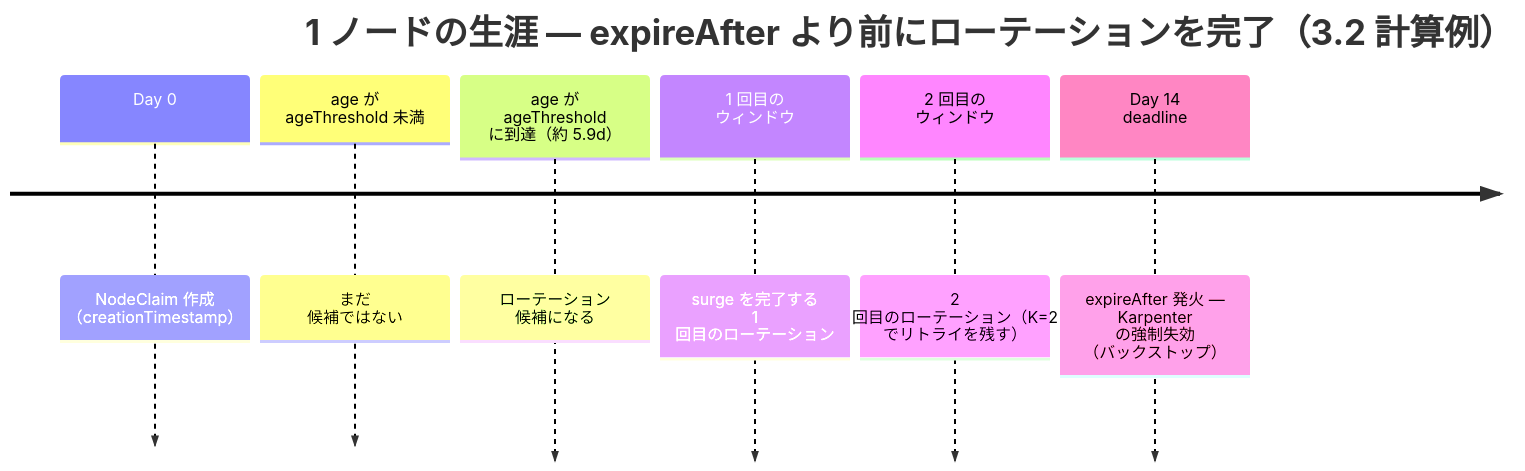
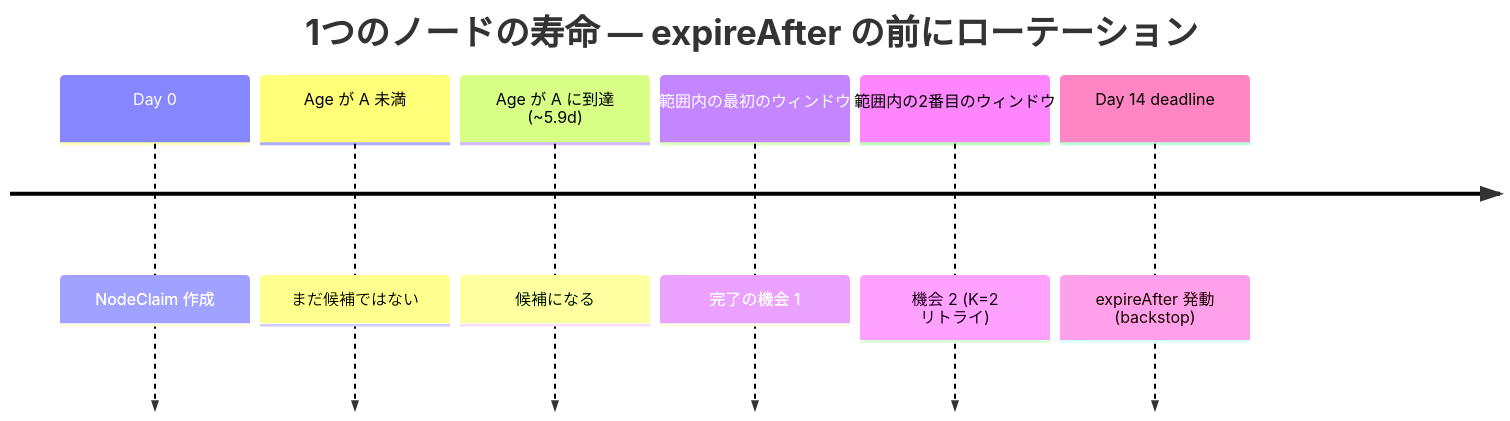
The second of 4 diagrams in docs/ja/specification/03-design.md (AkashiSN/node-rotation-controller), drawn with Mermaid before and after one commit. The commit also changed other lines of this file and 37 other files, not shown here.

````diff
--- a/docs/ja/specification/03-design.md
+++ b/docs/ja/specification/03-design.md
@@ -46,10 +86,10 @@
 ```mermaid
 timeline
-    title 1 ノードの生涯 — expireAfter より前にローテーションを完了（3.2 計算例）
-    Day 0 : NodeClaim 作成<br>（creationTimestamp）
-    age が<br>ageThreshold 未満 : まだ<br>候補ではない
-    age が ageThreshold<br>に到達（約 5.9d） : ローテーション<br>候補になる
-    1 回目の<br>ウィンドウ : surge を完了する<br>1 回目のローテーション
-    2 回目の<br>ウィンドウ : 2 回目のローテーション（K=2<br>でリトライを残す）
-    Day 14<br>deadline : expireAfter 発火 —<br>Karpenter の強制失効<br>（バックストップ）
+    title 1つのノードの寿命 — expireAfter の前にローテーション
+    Day 0 : NodeClaim 作成
+    Age が A 未満 : まだ候補ではない
+    Age が A に到達 (~5.9d) : 候補になる
+    範囲内の最初のウィンドウ : 完了の機会 1
+    範囲内の2番目のウィンドウ : 機会 2 (K=2 リトライ)
+    Day 14 deadline : expireAfter 発動 (backstop)
 ```
````
